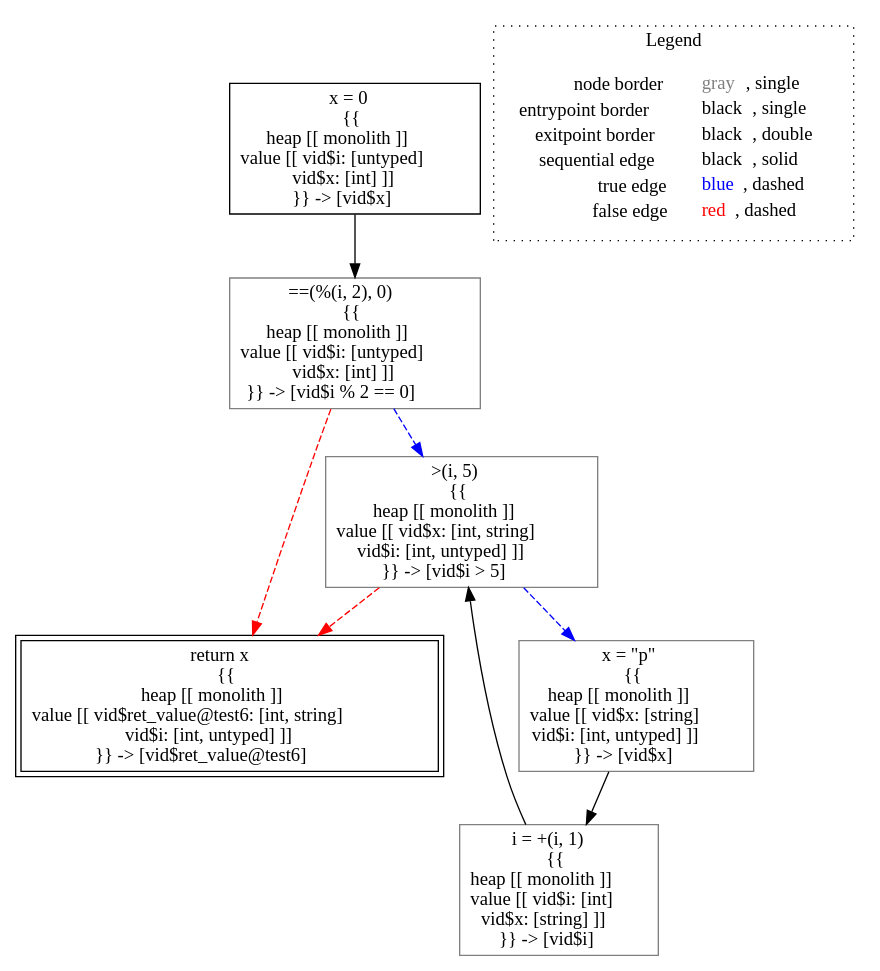
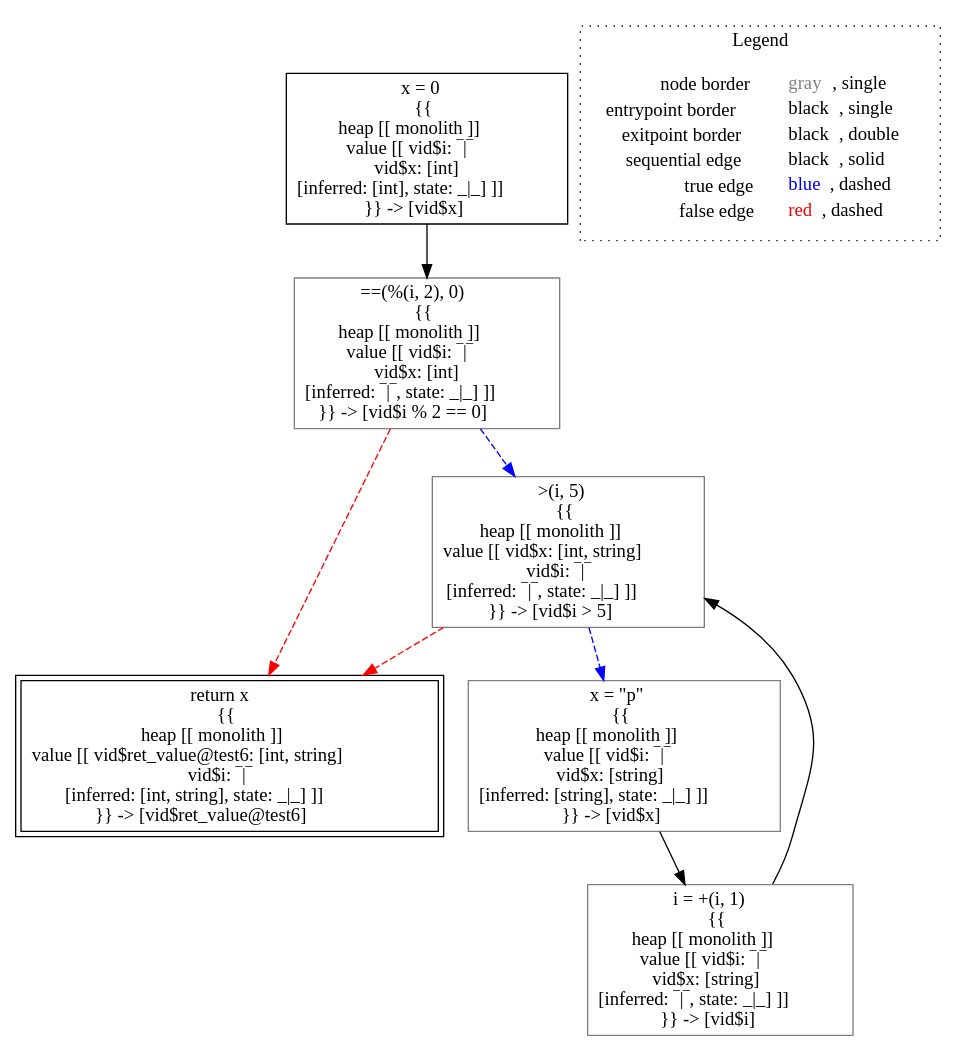
Before and after one commit to lisa-analyzer/lisa: the diagram in lisa/imp-testcases/type-inference/typing___untyped_typing.test6(untyped_i).dot, drawn with Graphviz. The commit also changed 6 other files, not shown here.

```diff
--- a/lisa/imp-testcases/type-inference/typing___untyped_typing.test6(untyped_i).dot
+++ b/lisa/imp-testcases/type-inference/typing___untyped_typing.test6(untyped_i).dot
@@ -1,22 +1,22 @@
 digraph {
-	"node0" [shape="rect",color="black",label=<x = 0<BR/>{{<BR/>heap [[ monolith ]]<BR/>value [[ vid$i: [untyped]<BR/>vid$x: [int] ]]<BR/>}} -&gt; [vid$x]>];
-	"node1" [shape="rect",color="gray",label=<i = +(i, 1)<BR/>{{<BR/>heap [[ monolith ]]<BR/>value [[ vid$i: [int]<BR/>vid$x: [string] ]]<BR/>}} -&gt; [vid$i]>];
-	"node2" [shape="rect",color="black",peripheries="2",label=<return x<BR/>{{<BR/>heap [[ monolith ]]<BR/>value [[ vid$ret_value@test6: [int, string]<BR/>vid$i: [int, untyped] ]]<BR/>}} -&gt; [vid$ret_value@test6]>];
-	"node3" [shape="rect",color="gray",label=<==(%(i, 2), 0)<BR/>{{<BR/>heap [[ monolith ]]<BR/>value [[ vid$i: [untyped]<BR/>vid$x: [int] ]]<BR/>}} -&gt; [vid$i % 2 == 0]>];
-	"node4" [shape="rect",color="gray",label=<&gt;(i, 5)<BR/>{{<BR/>heap [[ monolith ]]<BR/>value [[ vid$x: [int, string]<BR/>vid$i: [int, untyped] ]]<BR/>}} -&gt; [vid$i &gt; 5]>];
-	"node5" [shape="rect",color="gray",label=<x = &quot;p&quot;<BR/>{{<BR/>heap [[ monolith ]]<BR/>value [[ vid$x: [string]<BR/>vid$i: [int, untyped] ]]<BR/>}} -&gt; [vid$x]>];
+	"node0" [shape="rect",color="black",label=<x = 0<BR/>{{<BR/>heap [[ monolith ]]<BR/>value [[ vid$i: &oline;|&oline;<BR/>vid$x: [int]<BR/>[inferred: [int], state: _|_] ]]<BR/>}} -&gt; [vid$x]>];
+	"node1" [shape="rect",color="gray",label=<x = &quot;p&quot;<BR/>{{<BR/>heap [[ monolith ]]<BR/>value [[ vid$i: &oline;|&oline;<BR/>vid$x: [string]<BR/>[inferred: [string], state: _|_] ]]<BR/>}} -&gt; [vid$x]>];
+	"node2" [shape="rect",color="black",peripheries="2",label=<return x<BR/>{{<BR/>heap [[ monolith ]]<BR/>value [[ vid$ret_value@test6: [int, string]<BR/>vid$i: &oline;|&oline;<BR/>[inferred: [int, string], state: _|_] ]]<BR/>}} -&gt; [vid$ret_value@test6]>];
+	"node3" [shape="rect",color="gray",label=<&gt;(i, 5)<BR/>{{<BR/>heap [[ monolith ]]<BR/>value [[ vid$x: [int, string]<BR/>vid$i: &oline;|&oline;<BR/>[inferred: &oline;|&oline;, state: _|_] ]]<BR/>}} -&gt; [vid$i &gt; 5]>];
+	"node4" [shape="rect",color="gray",label=<i = +(i, 1)<BR/>{{<BR/>heap [[ monolith ]]<BR/>value [[ vid$i: &oline;|&oline;<BR/>vid$x: [string]<BR/>[inferred: &oline;|&oline;, state: _|_] ]]<BR/>}} -&gt; [vid$i]>];
+	"node5" [shape="rect",color="gray",label=<==(%(i, 2), 0)<BR/>{{<BR/>heap [[ monolith ]]<BR/>value [[ vid$i: &oline;|&oline;<BR/>vid$x: [int]<BR/>[inferred: &oline;|&oline;, state: _|_] ]]<BR/>}} -&gt; [vid$i % 2 == 0]>];
 	"node1" -> "node4" [color="black"];
-	"node0" -> "node3" [color="black"];
+	"node3" -> "node1" [color="blue",style="dashed"];
 	"node3" -> "node2" [color="red",style="dashed"];
-	"node3" -> "node4" [color="blue",style="dashed"];
-	"node4" -> "node2" [color="red",style="dashed"];
-	"node4" -> "node5" [color="blue",style="dashed"];
-	"node5" -> "node1" [color="black"];
+	"node0" -> "node5" [color="black"];
+	"node4" -> "node3" [color="black"];
+	"node5" -> "node2" [color="red",style="dashed"];
+	"node5" -> "node3" [color="blue",style="dashed"];
 subgraph cluster_legend {
 	label="Legend";
 	style=dotted;
 	node [shape=plaintext];
 	"legend" [label=<<table border="0" cellpadding="2" cellspacing="0" cellborder="0"><tr><td align="right">node border&nbsp;</td><td align="left"><font color="gray">gray</font>, single</td></tr><tr><td align="right">entrypoint border&nbsp;</td><td align="left"><font color="black">black</font>, single</td></tr><tr><td align="right">exitpoint border&nbsp;</td><td align="left"><font color="black">black</font>, double</td></tr><tr><td align="right">sequential edge&nbsp;</td><td align="left"><font color="black">black</font>, solid</td></tr><tr><td align="right">true edge&nbsp;</td><td align="left"><font color="blue">blue</font>, dashed</td></tr><tr><td align="right">false edge&nbsp;</td><td align="left"><font color="red">red</font>, dashed</td></tr></table>>];
 }
 
 }
```
